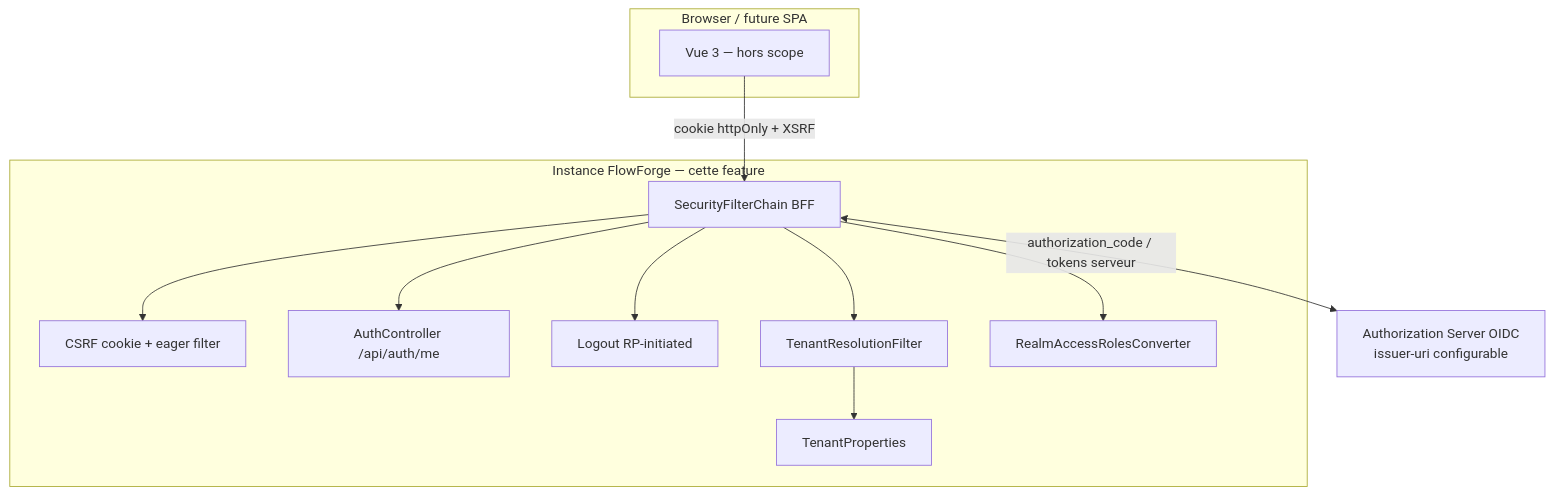
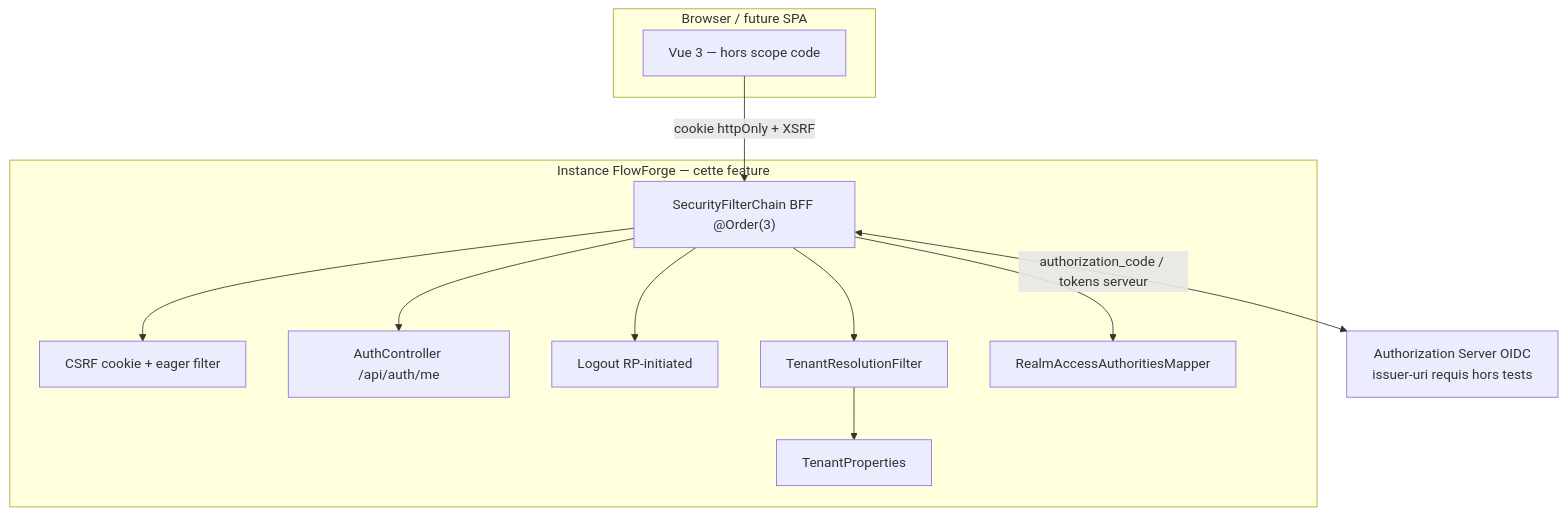
One commit to superjojo79/Myrmacta changed the first of 3 diagrams in docs/ai/design/2026-07-31-feature-authentification.md. Above: the diagram before and after it, drawn with Mermaid. The commit also changed other lines of this file and 1 other file, not shown here.

First line of the commit message:
docs(authentification): phase 3 — design BFF @Order(3) reviewed

````diff
--- a/docs/ai/design/2026-07-31-feature-authentification.md
+++ b/docs/ai/design/2026-07-31-feature-authentification.md
@@ -18,26 +19,26 @@
 ```mermaid
 flowchart TB
   subgraph browser["Browser / future SPA"]
-    SPA[Vue 3 — hors scope]
+    SPA[Vue 3 — hors scope code]
   end
 
   subgraph app["Instance FlowForge — cette feature"]
-    BFF[SecurityFilterChain BFF]
+    BFF["SecurityFilterChain BFF @Order(3)"]
     CSRF[CSRF cookie + eager filter]
     ME[AuthController /api/auth/me]
     LOGOUT[Logout RP-initiated]
     TRF[TenantResolutionFilter]
     TP[TenantProperties]
-    CONV[RealmAccessRolesConverter]
+    MAP[RealmAccessAuthoritiesMapper]
     BFF --> CSRF
     BFF --> ME
     BFF --> LOGOUT
     BFF --> TRF
     TRF --> TP
-    BFF --> CONV
+    BFF --> MAP
   end
 
-  IDP[Authorization Server OIDC<br/>issuer-uri configurable]
+  IDP[Authorization Server OIDC<br/>issuer-uri requis hors tests]
   SPA -->|cookie httpOnly + XSRF| BFF
   BFF <-->|authorization_code / tokens serveur| IDP
 ```
````
